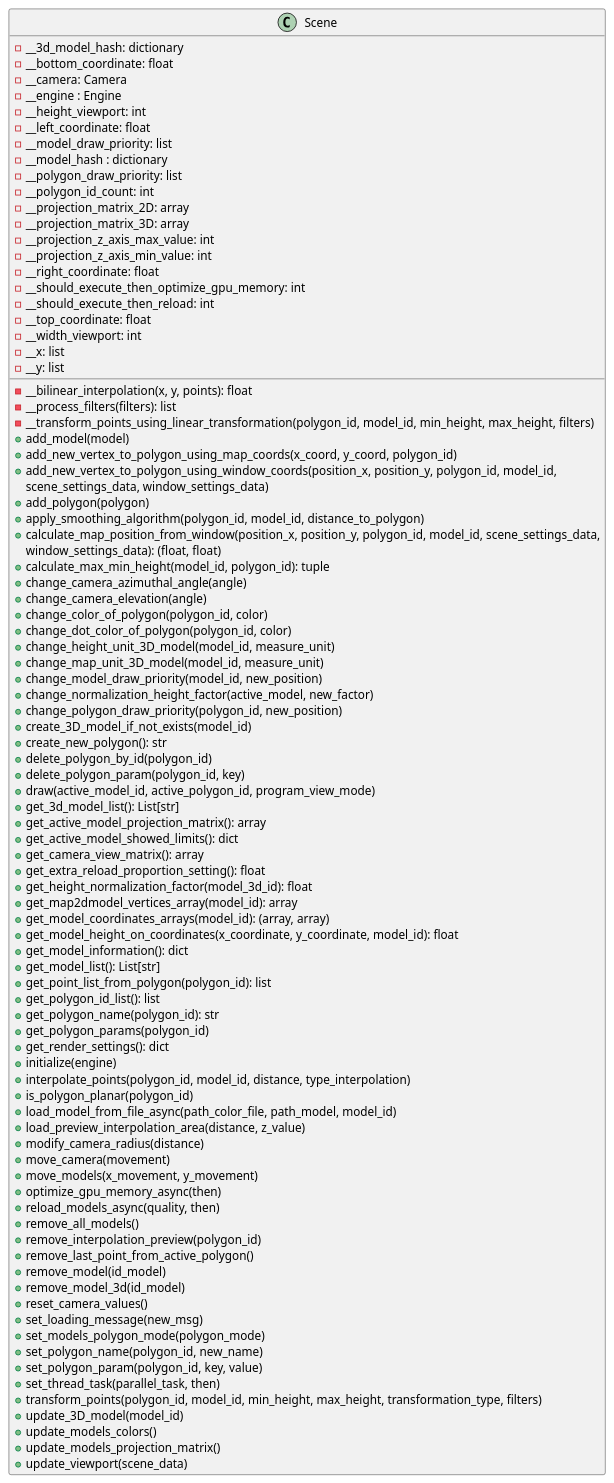
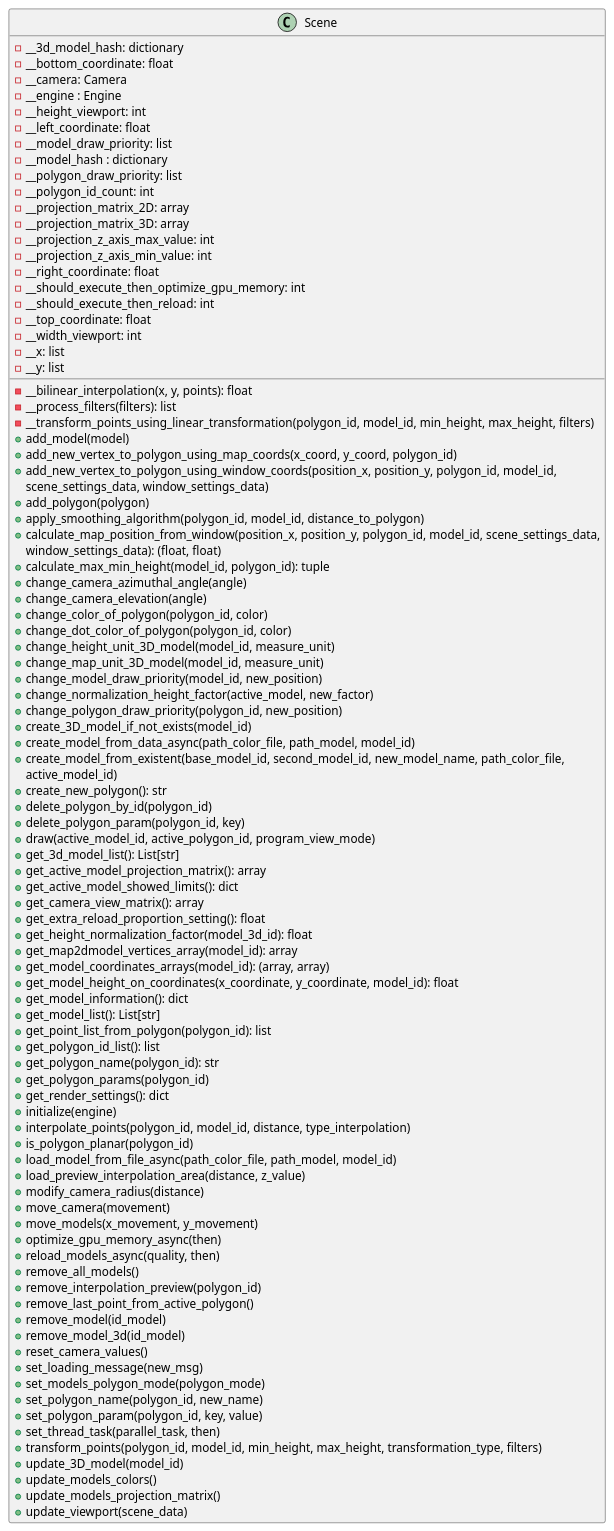
One commit to ferpoble2/Relief_Creator changed the diagram in docs/classes/Scene.puml. Above: the diagram before and after it, drawn with PlantUML.

```diff
--- a/docs/classes/Scene.puml
+++ b/docs/classes/Scene.puml
@@ -1,94 +1,97 @@
 @startuml
             class Scene{
                 - __bilinear_interpolation(x, y, points): float
                 - __process_filters(filters): list
                 - __transform_points_using_linear_transformation(polygon_id, model_id, min_height, max_height, filters)
                 + add_model(model)
                 + add_new_vertex_to_polygon_using_map_coords(x_coord, y_coord, polygon_id)
                 + add_new_vertex_to_polygon_using_window_coords(position_x, position_y, polygon_id, model_id,
                                                                 scene_settings_data, window_settings_data)
                 + add_polygon(polygon)
                 + apply_smoothing_algorithm(polygon_id, model_id, distance_to_polygon)
                 + calculate_map_position_from_window(position_x, position_y, polygon_id, model_id, scene_settings_data,
                                                        window_settings_data): (float, float)
                 + calculate_max_min_height(model_id, polygon_id): tuple
                 + change_camera_azimuthal_angle(angle)
                 + change_camera_elevation(angle)
                 + change_color_of_polygon(polygon_id, color)
                 + change_dot_color_of_polygon(polygon_id, color)
                 + change_height_unit_3D_model(model_id, measure_unit)
                 + change_map_unit_3D_model(model_id, measure_unit)
                 + change_model_draw_priority(model_id, new_position)
                 + change_normalization_height_factor(active_model, new_factor)
                 + change_polygon_draw_priority(polygon_id, new_position)
                 + create_3D_model_if_not_exists(model_id)
+                + create_model_from_data_async(path_color_file, path_model, model_id)
+                + create_model_from_existent(base_model_id, second_model_id, new_model_name, path_color_file,
+                                              active_model_id)
                 + create_new_polygon(): str
                 + delete_polygon_by_id(polygon_id)
                 + delete_polygon_param(polygon_id, key)
                 + draw(active_model_id, active_polygon_id, program_view_mode)
                 + get_3d_model_list(): List[str]
                 + get_active_model_projection_matrix(): array
                 + get_active_model_showed_limits(): dict
                 + get_camera_view_matrix(): array
                 + get_extra_reload_proportion_setting(): float
                 + get_height_normalization_factor(model_3d_id): float
                 + get_map2dmodel_vertices_array(model_id): array
                 + get_model_coordinates_arrays(model_id): (array, array)
                 + get_model_height_on_coordinates(x_coordinate, y_coordinate, model_id): float
                 + get_model_information(): dict
                 + get_model_list(): List[str]
                 + get_point_list_from_polygon(polygon_id): list
                 + get_polygon_id_list(): list
                 + get_polygon_name(polygon_id): str
                 + get_polygon_params(polygon_id)
                 + get_render_settings(): dict
                 + initialize(engine)
                 + interpolate_points(polygon_id, model_id, distance, type_interpolation)
                 + is_polygon_planar(polygon_id)
                 + load_model_from_file_async(path_color_file, path_model, model_id)
                 + load_preview_interpolation_area(distance, z_value)
                 + modify_camera_radius(distance)
                 + move_camera(movement)
                 + move_models(x_movement, y_movement)
                 + optimize_gpu_memory_async(then)
                 + reload_models_async(quality, then)
                 + remove_all_models()
                 + remove_interpolation_preview(polygon_id)
                 + remove_last_point_from_active_polygon()
                 + remove_model(id_model)
                 + remove_model_3d(id_model)
                 + reset_camera_values()
                 + set_loading_message(new_msg)
                 + set_models_polygon_mode(polygon_mode)
                 + set_polygon_name(polygon_id, new_name)
                 + set_polygon_param(polygon_id, key, value)
                 + set_thread_task(parallel_task, then)
                 + transform_points(polygon_id, model_id, min_height, max_height, transformation_type, filters)
                 + update_3D_model(model_id)
                 + update_models_colors()
                 + update_models_projection_matrix()
                 + update_viewport(scene_data)
 
                 - __3d_model_hash: dictionary
                 - __bottom_coordinate: float
                 - __camera: Camera
                 - __engine : Engine
                 - __height_viewport: int
                 - __left_coordinate: float
                 - __model_draw_priority: list
                 - __model_hash : dictionary
                 - __polygon_draw_priority: list
                 - __polygon_id_count: int
                 - __projection_matrix_2D: array
                 - __projection_matrix_3D: array
                 - __projection_z_axis_max_value: int
                 - __projection_z_axis_min_value: int
                 - __right_coordinate: float
                 - __should_execute_then_optimize_gpu_memory: int
                 - __should_execute_then_reload: int
                 - __top_coordinate: float
                 - __width_viewport: int
                 - __x: list
                 - __y: list
             }
 @enduml
```
